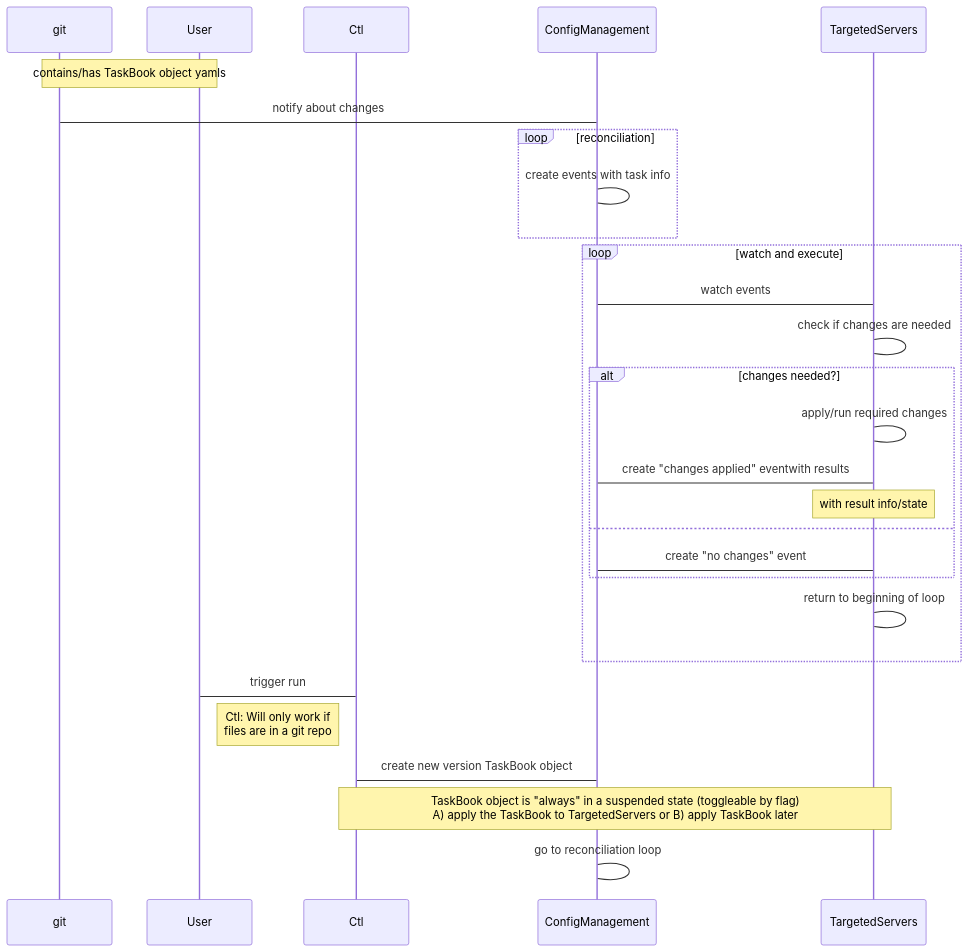
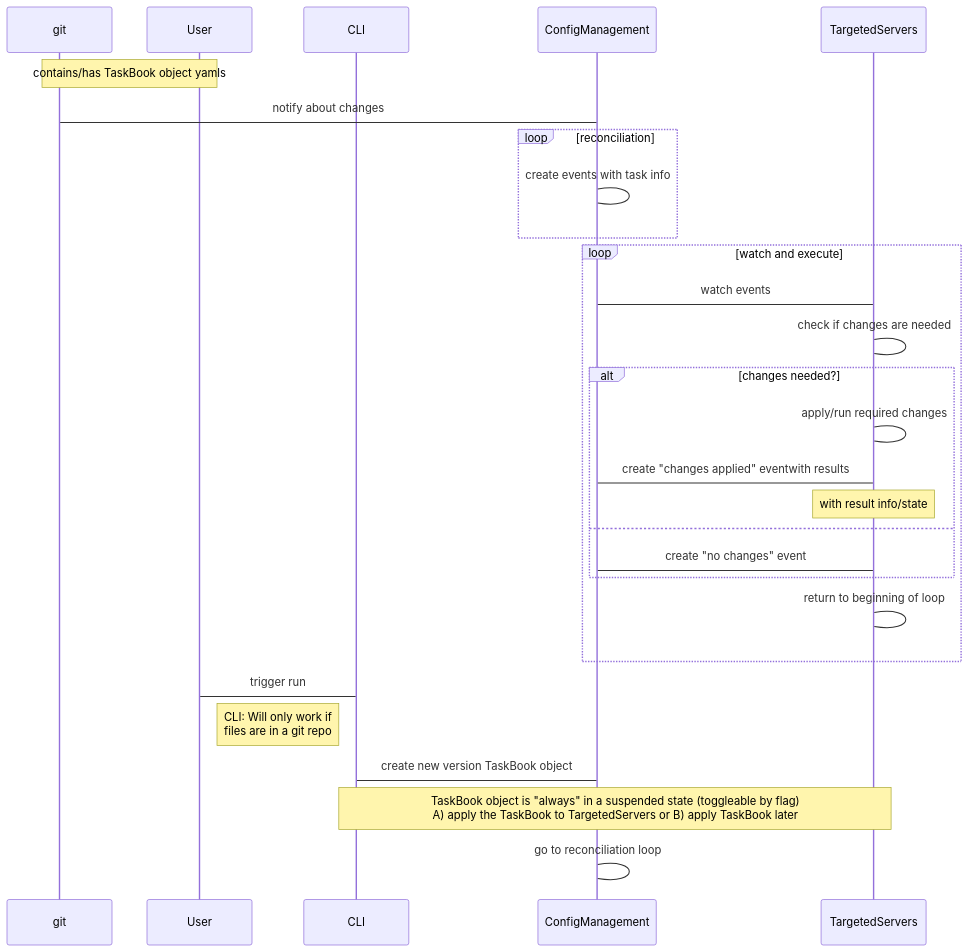
One commit to galexrt/edenconfmgmt changed the diagram in docs/design/v00/flow-goals.mmd. Above: the diagram before and after it, drawn with Mermaid. The commit also changed 3 other files, not shown here.

```diff
--- a/docs/design/v00/flow-goals.mmd
+++ b/docs/design/v00/flow-goals.mmd
@@ -1,28 +1,28 @@
 sequenceDiagram
     participant git
     participant User
-    participant Ctl
+    participant CLI
     participant ConfigManagement
     participant TargetedServers
     Note over git,User: contains/has TaskBook object yamls
     git->ConfigManagement: notify about changes
     loop reconciliation
         ConfigManagement->ConfigManagement: create events with task info
     end
     loop watch and execute
         TargetedServers->ConfigManagement: watch events
         TargetedServers->TargetedServers: check if changes are needed
         alt changes needed?
             TargetedServers->TargetedServers: apply/run required changes
             TargetedServers->ConfigManagement: create "changes applied" eventwith results
             Note over TargetedServers,TargetedServers: with result info/state
         else
             TargetedServers->ConfigManagement: create "no changes" event
         end
         TargetedServers->TargetedServers: return to beginning of loop
     end
-    User->Ctl: trigger run
-    Note left of Ctl: Ctl: Will only work if<br/>files are in a git repo
-    Ctl->ConfigManagement: create new version TaskBook object
-    Note over Ctl,TargetedServers: TaskBook object is "always" in a suspended state (toggleable by flag)<br/>A) apply the TaskBook to TargetedServers or B) apply TaskBook later
+    User->CLI: trigger run
+    Note left of CLI: CLI: Will only work if<br/>files are in a git repo
+    CLI->ConfigManagement: create new version TaskBook object
+    Note over CLI,TargetedServers: TaskBook object is "always" in a suspended state (toggleable by flag)<br/>A) apply the TaskBook to TargetedServers or B) apply TaskBook later
     ConfigManagement->ConfigManagement: go to reconciliation loop
```
